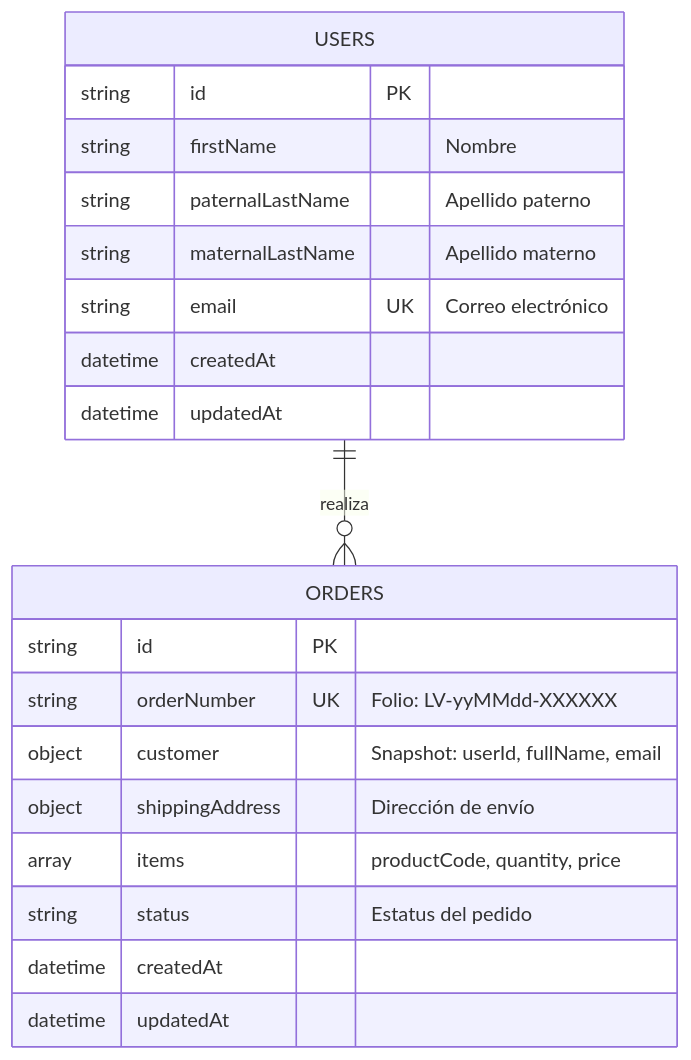
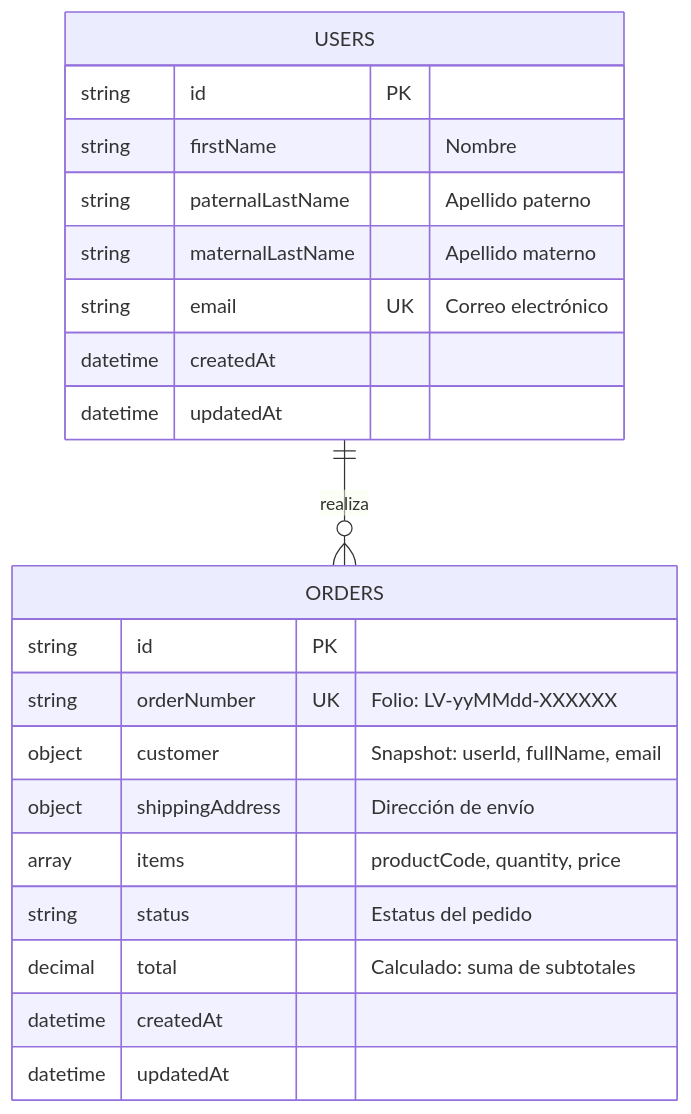
The second of 3 diagrams in README.md (brawn7/liverpool-orders), drawn with Mermaid before and after one commit. The commit also changed other lines of this file and 14 other files, not shown here.

````diff
--- a/README.md
+++ b/README.md
@@ -107,23 +107,24 @@
 ```mermaid
 erDiagram
     USERS ||--o{ ORDERS : "realiza"
     USERS {
         string id PK
         string firstName "Nombre"
         string paternalLastName "Apellido paterno"
         string maternalLastName "Apellido materno"
         string email UK "Correo electrónico"
         datetime createdAt
         datetime updatedAt
     }
     ORDERS {
         string id PK
         string orderNumber UK "Folio: LV-yyMMdd-XXXXXX"
         object customer "Snapshot: userId, fullName, email"
         object shippingAddress "Dirección de envío"
         array items "productCode, quantity, price"
         string status "Estatus del pedido"
+        decimal total "Calculado: suma de subtotales"
         datetime createdAt
         datetime updatedAt
     }
 ```
````
